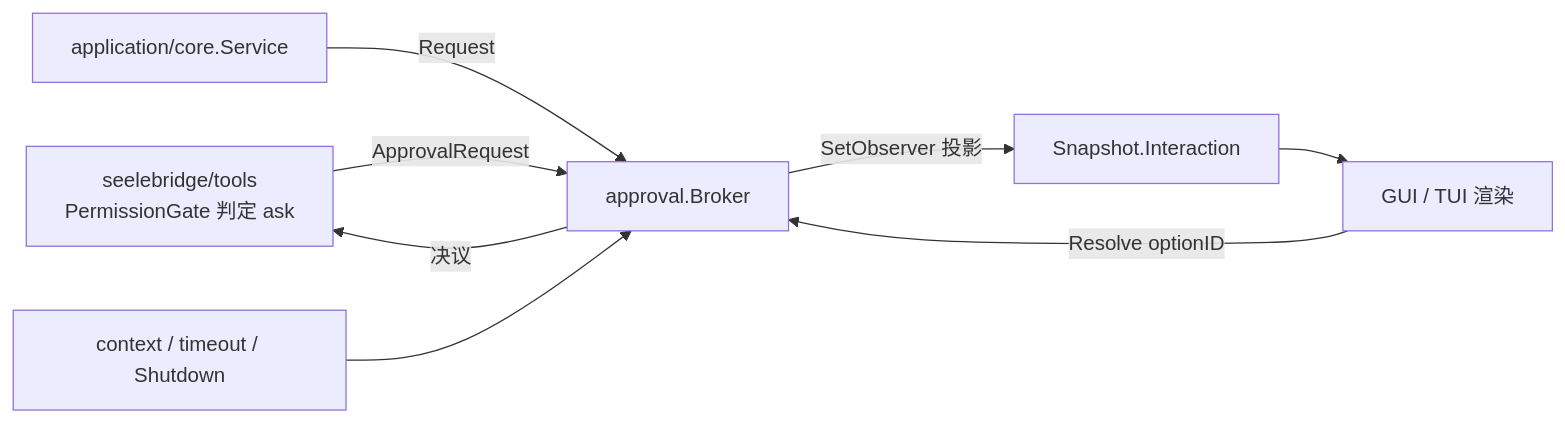
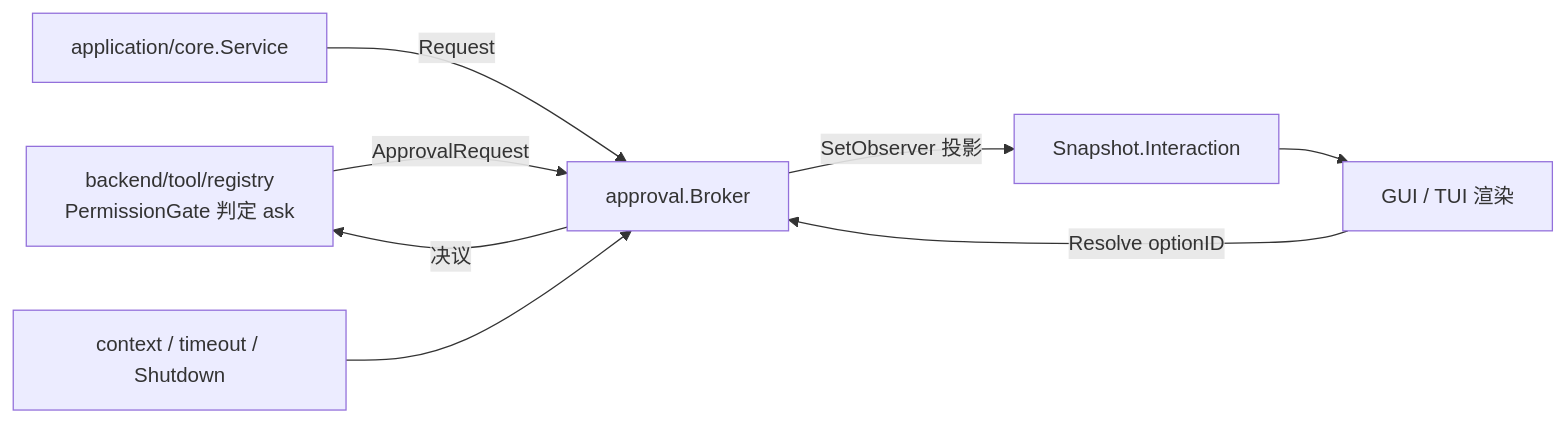
One commit to RedHuang-0622/seelex changed the first of 3 diagrams in backend/limit/approval/README.md. Above: the diagram before and after it, drawn with Mermaid. The commit also changed other lines of this file and 150 other files, not shown here.

First line of the commit message:
refactor(arch): M4-T3 seelebridge/tools 整包归位 backend/tool/registry（包名 tools -> registry）

````diff
--- a/backend/limit/approval/README.md
+++ b/backend/limit/approval/README.md
@@ -23,10 +23,10 @@
 ```mermaid
 flowchart LR
-    GATE["seelebridge/tools<br/>PermissionGate 判定 ask"] -->|ApprovalRequest| BROKER["approval.Broker"]
+    GATE["backend/tool/registry<br/>PermissionGate 判定 ask"] -->|ApprovalRequest| BROKER["approval.Broker"]
     SVC["application/core.Service"] -->|Request| BROKER
     BROKER -->|SetObserver 投影| SNAP["Snapshot.Interaction"]
     SNAP --> FE["GUI / TUI 渲染"]
     FE -->|Resolve optionID| BROKER
     BROKER -->|决议| GATE
     TIMEOUT["context / timeout / Shutdown"] --> BROKER
 ```
````
